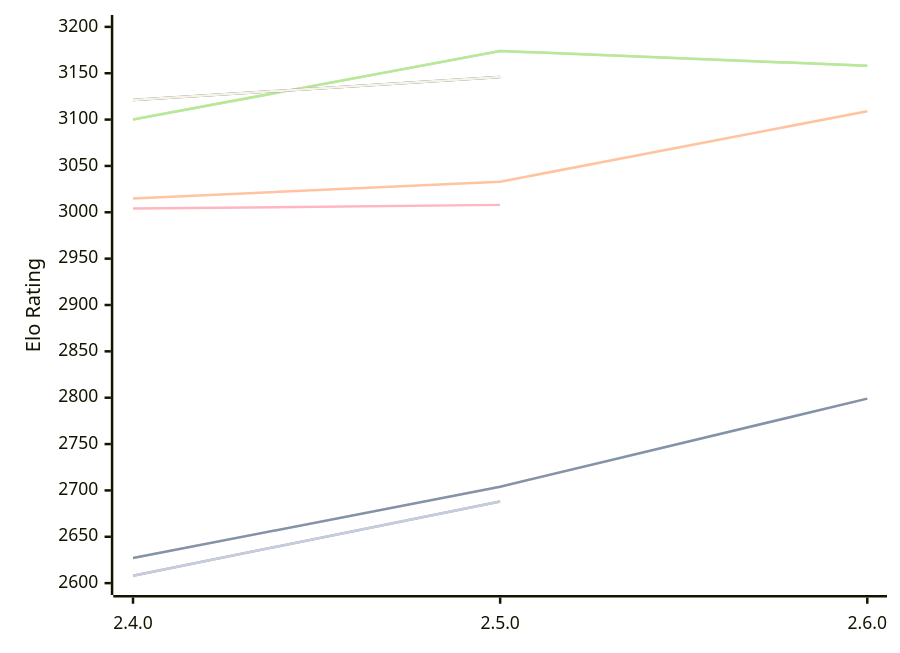
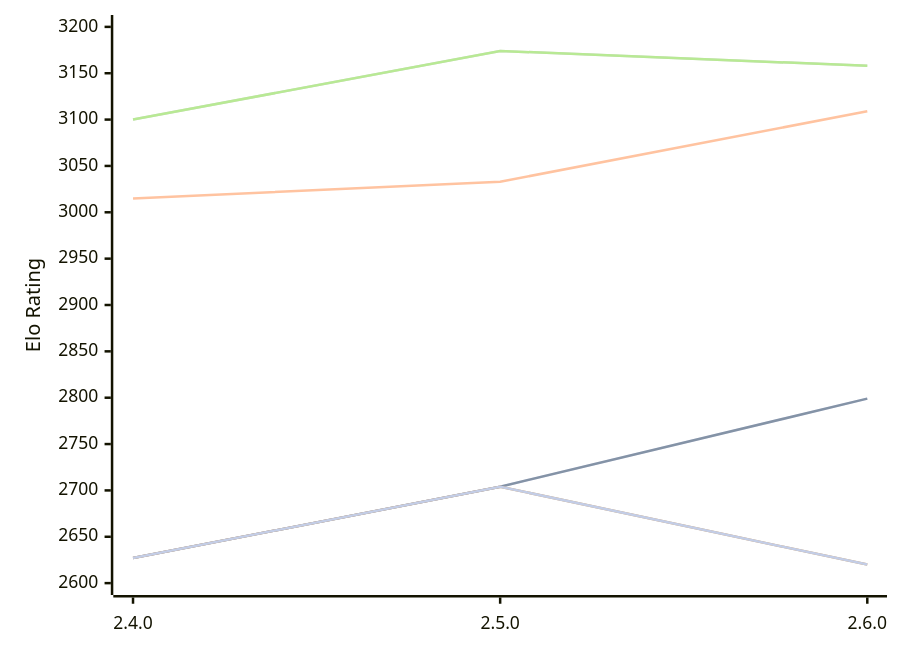
Before and after one commit to computer-chess-index/cci: the diagram in engines/Sturddle2.md, drawn with Mermaid. The commit also changed other lines of this file, not shown here.

Commit message:
Update CCI Ratings (ELO VLTC) - 2026-10-11

````diff
--- a/engines/Sturddle2.md
+++ b/engines/Sturddle2.md
@@ -50,16 +51,13 @@
 ```mermaid
 %%{init: {"theme":"base","themeVariables":{"seriesColors:['#a3a3a3','#222221','#faa371']}}}%%
 xychart-beta
   x-axis ["2.4.0", "2.5.0", "2.6.0"]
   y-axis "Elo Rating" 2600 --> 3200
   line "" [2627, 2704, 2799]
   line "T1: STC (8.0+0.08s)" [2627, 2704, 2799]
   line "T1: LTC (60.0+0.60s)" [3015, 3033, 3109]
   line "" [3100, 3174, 3158]
   line "T1: VLTC (2m24s+1.12s)" [3100, 3174, 3158]
-  line "" [2608, 2688]
-  line "E1: STC (8.0+0.08s)" [2608, 2688]
-  line "E1: LTC (60.0+0.60s)" [3004, 3008]
-  line "" [3121, 3146]
-  line "E1: VLTC (2m24s+1.12s)" [3121, 3146]
+  line "" [2627, 2704,2620, 2757]
+  line "E1: STC (8.0+0.08s)" [2627, 2704,2620, 2757]
 ```
````
